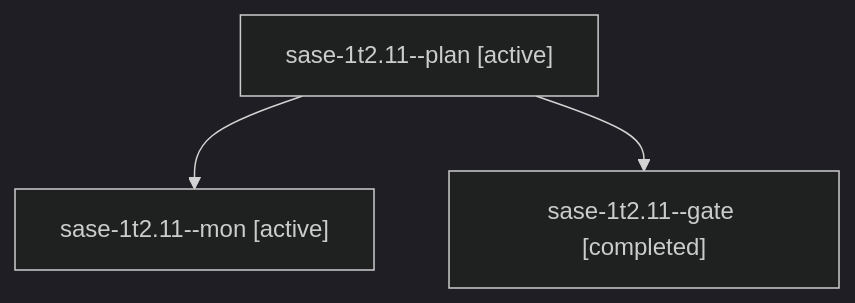
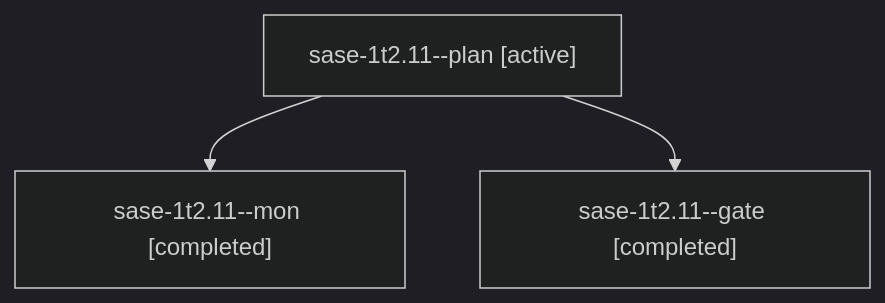
One commit to sase-org/sase--agents changed the diagram in sessions/bbugyi200.athena.sase-1t2.11.md. Above: the diagram before and after it, drawn with Mermaid (dark theme). The commit also changed other lines of this file and 108 other files, not shown here.

````diff
--- a/sessions/bbugyi200.athena.sase-1t2.11.md
+++ b/sessions/bbugyi200.athena.sase-1t2.11.md
@@ -9,8 +9,8 @@
 ```mermaid
 flowchart TD
   n0["sase-1t2.11--plan [active]"]
-  n1["sase-1t2.11--mon [active]"]
+  n1["sase-1t2.11--mon [completed]"]
   n0 --> n1
   n2["sase-1t2.11--gate [completed]"]
   n0 --> n2
 ```
````
